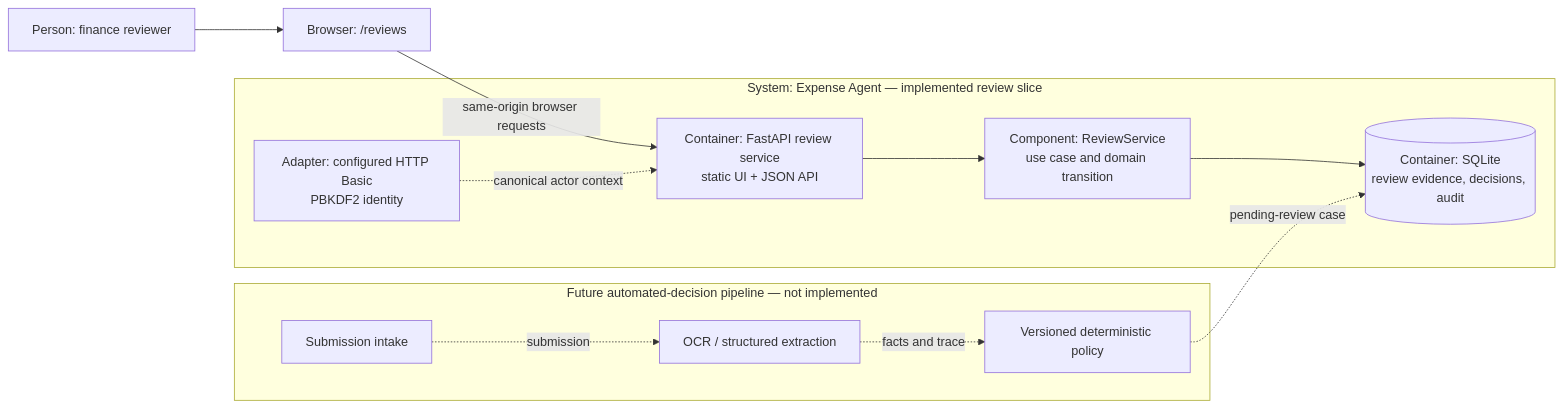
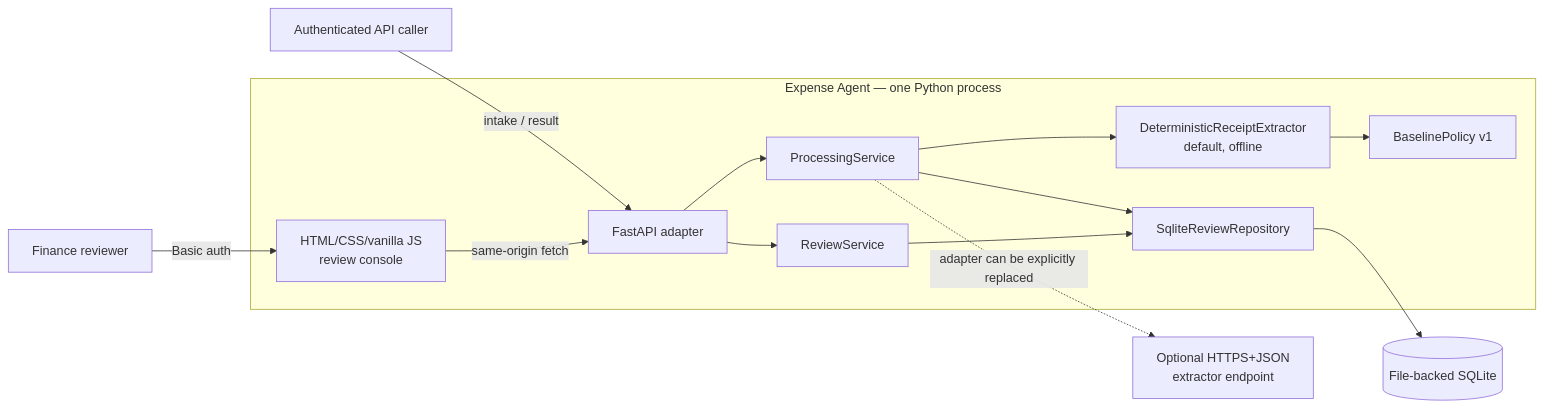
One commit to Dev-Luigy/automation_luigygabriel changed the first of 7 diagrams in docs/architecture.md. Above: the diagram before and after it, drawn with Mermaid. The commit also changed other lines of this file and 13 other files, not shown here.

Commit message:
docs: finalize assessment architecture and report

````diff
--- a/docs/architecture.md
+++ b/docs/architecture.md
@@ -17,27 +16,29 @@
 ```mermaid
 flowchart LR
-    Reviewer["Person: finance reviewer"]
-    Browser["Browser: /reviews"]
+    Caller["Authenticated API caller"]
+    Reviewer["Finance reviewer"]
 
-    subgraph ExpenseAgent["System: Expense Agent — implemented review slice"]
-        Web["Container: FastAPI review service\nstatic UI + JSON API"]
-        Identity["Adapter: configured HTTP Basic\nPBKDF2 identity"]
-        App["Component: ReviewService\nuse case and domain transition"]
-        Store[("Container: SQLite\nreview evidence, decisions, audit")]
+    subgraph Service["Expense Agent — one Python process"]
+        Static["HTML/CSS/vanilla JS\nreview console"]
+        HTTP["FastAPI adapter"]
+        Processing["ProcessingService"]
+        Review["ReviewService"]
+        Extractor["DeterministicReceiptExtractor\ndefault, offline"]
+        Policy["BaselinePolicy v1"]
+        Repository["SqliteReviewRepository"]
     end
 
-    subgraph FuturePipeline["Future automated-decision pipeline — not implemented"]
-        Intake["Submission intake"]
-        Extractor["OCR / structured extraction"]
-        Policy["Versioned deterministic policy"]
-    end
+    DB[("File-backed SQLite")]
+    Optional["Optional HTTPS+JSON\nextractor endpoint"]
 
-    Reviewer --> Browser
-    Browser -->|"same-origin browser requests"| Web
-    Identity -. "canonical actor context" .-> Web
-    Web --> App
-    App --> Store
-    Intake -. "submission" .-> Extractor
-    Extractor -. "facts and trace" .-> Policy
-    Policy -. "pending-review case" .-> Store
+    Caller -->|"intake / result"| HTTP
+    Reviewer -->|"Basic auth"| Static
+    Static -->|"same-origin fetch"| HTTP
+    HTTP --> Processing
+    HTTP --> Review
+    Processing --> Extractor --> Policy
+    Processing --> Repository
+    Review --> Repository
+    Repository --> DB
+    Processing -. "adapter can be explicitly replaced" .-> Optional
 ```
````
